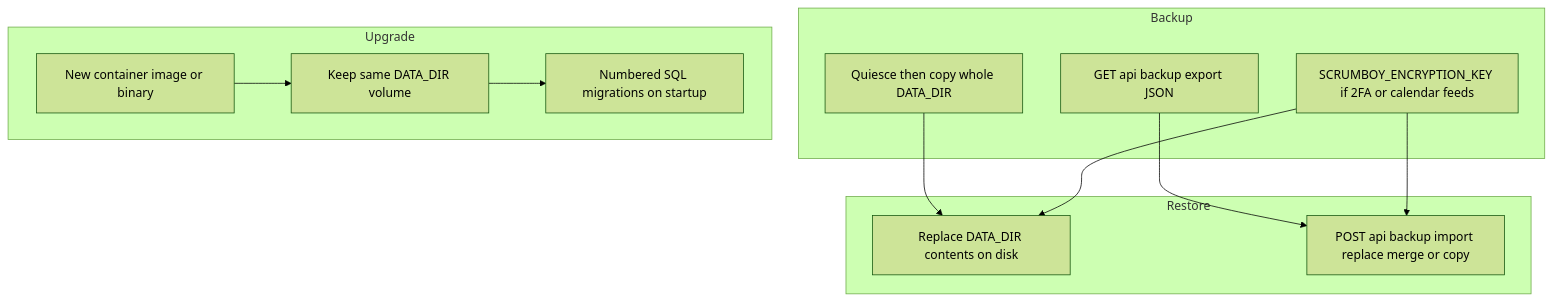
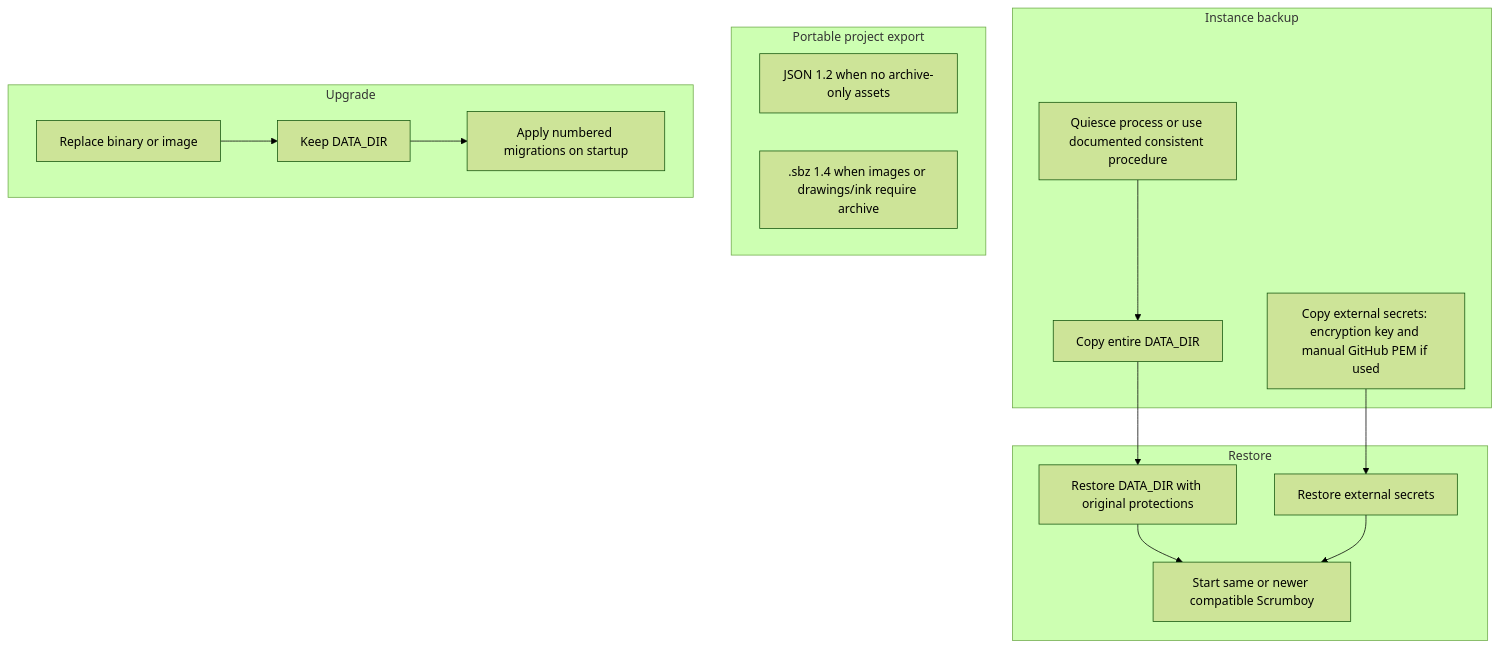
One commit to markrai/scrumboy changed the third of 3 diagrams in docs/diagrams/scrumboy_deployment_ops.md. Above: the diagram before and after it, drawn with Mermaid (forest theme). The commit also changed other lines of this file and 189 other files, not shown here.

````diff
--- a/docs/diagrams/scrumboy_deployment_ops.md
+++ b/docs/diagrams/scrumboy_deployment_ops.md
@@ -79,25 +78,29 @@
 ```mermaid
 flowchart TB
-  subgraph backup [Backup]
-    FileCopy[Quiesce then copy whole DATA_DIR]
-    Export[GET api backup export JSON]
-    Key[SCRUMBOY_ENCRYPTION_KEY if 2FA or calendar feeds]
+  subgraph backup [Instance backup]
+    Stop[Quiesce process or use documented consistent procedure]
+    Copy[Copy entire DATA_DIR]
+    Secrets[Copy external secrets: encryption key and manual GitHub PEM if used]
+  end
+
+  subgraph logical [Portable project export]
+    Export[JSON 1.2 when no archive-only assets]
+    SBZ[".sbz 1.4 when images or drawings/ink require archive"]
   end
 
   subgraph restore [Restore]
-    Files[Replace DATA_DIR contents on disk]
-    Import[POST api backup import replace merge or copy]
+    Files[Restore DATA_DIR with original protections]
+    External[Restore external secrets]
+    Start[Start same or newer compatible Scrumboy]
   end
 
   subgraph upgrade [Upgrade]
-    NewBin[New container image or binary]
-    SameData[Keep same DATA_DIR volume]
-    AutoMig[Numbered SQL migrations on startup]
+    NewBin[Replace binary or image]
+    SameData[Keep DATA_DIR]
+    AutoMig[Apply numbered migrations on startup]
   end
 
-  FileCopy --> Files
-  Export --> Import
-  Key --> Files
-  Key --> Import
+  Stop --> Copy --> Files --> Start
+  Secrets --> External --> Start
   NewBin --> SameData --> AutoMig
 ```
````
